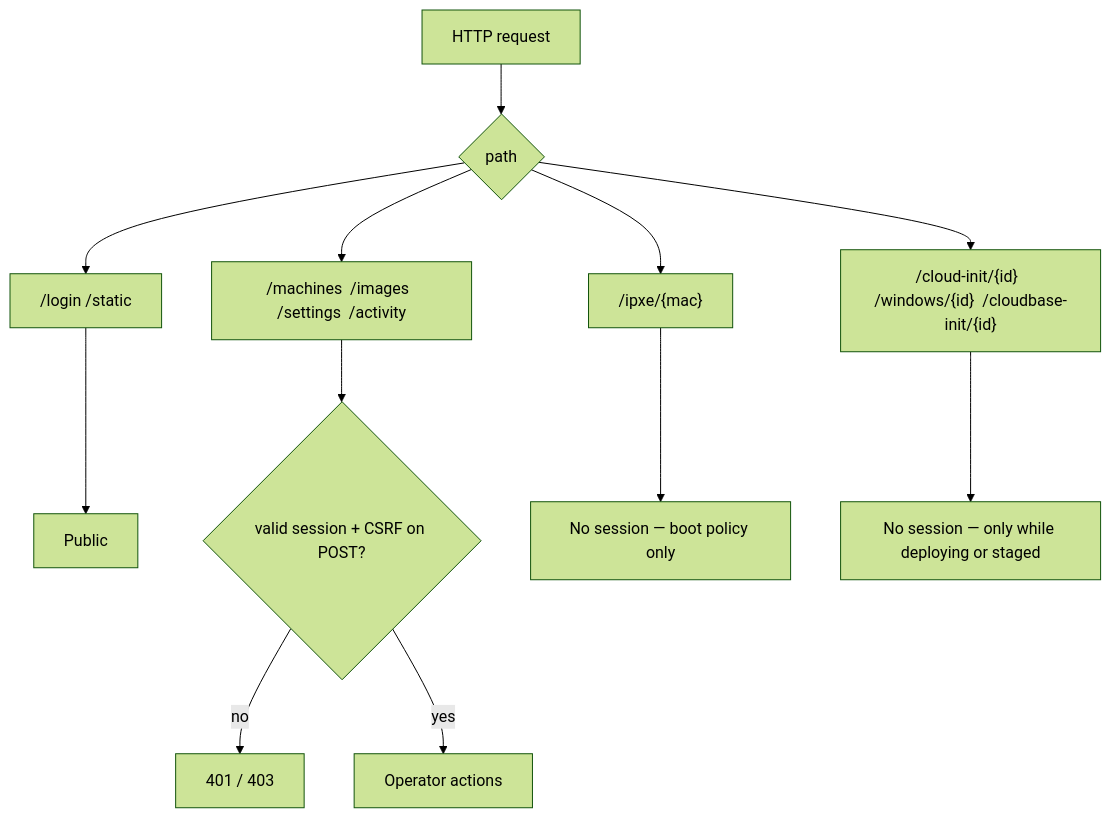
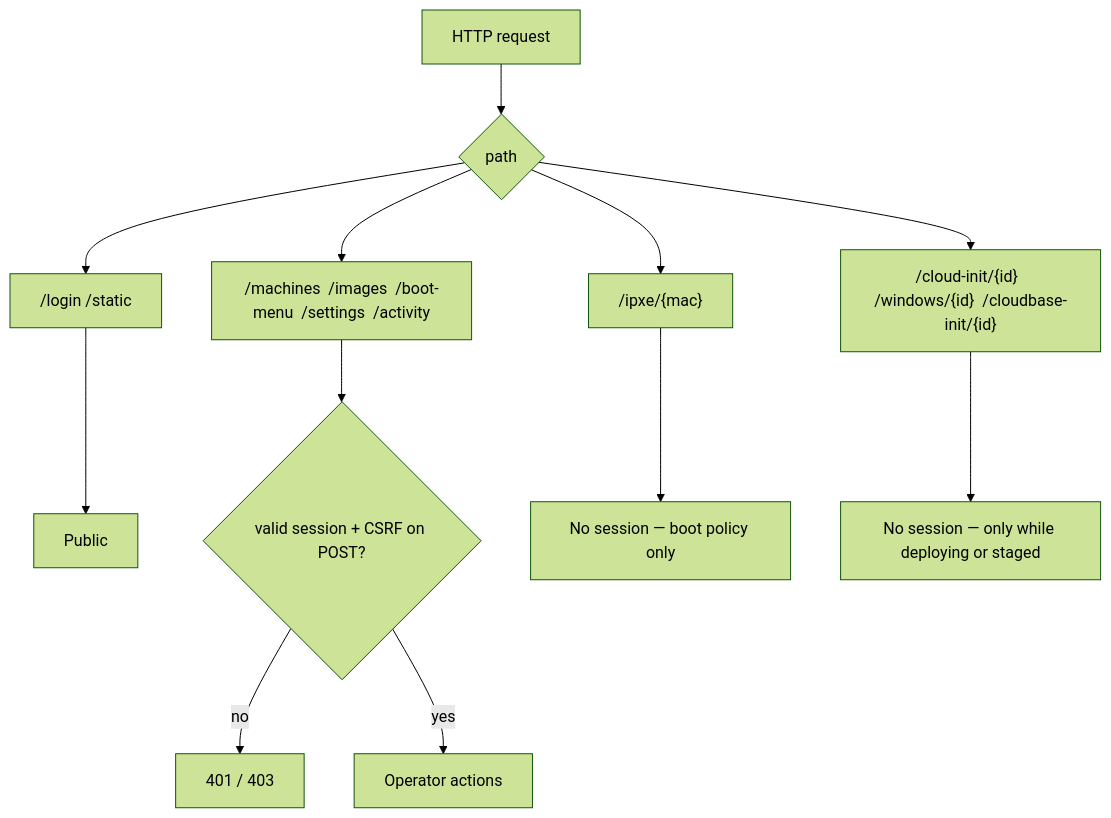
One commit to hometinker12/home-lab-pxe changed diagram 18 of 24 in ARCHITECTURE.md. Above: the diagram before and after it, drawn with Mermaid (forest theme). The commit also changed other lines of this file and 37 other files, not shown here.

````diff
--- a/ARCHITECTURE.md
+++ b/ARCHITECTURE.md
@@ -421,14 +422,14 @@
 ```mermaid
 flowchart TD
   R["HTTP request"] --> K{"path"}
   K --> L["/login  /static"]
   L --> PUB["Public"]
-  K --> A["/machines  /images  /settings  /activity"]
+  K --> A["/machines  /images  /boot-menu  /settings  /activity"]
   A --> S{"valid session + CSRF on POST?"}
   S -->|no| DENY["401 / 403"]
   S -->|yes| OP["Operator actions"]
   K --> B["/ipxe/{mac}"]
   B --> LAN1["No session — boot policy only"]
   K --> G["/cloud-init/{id}  /windows/{id}  /cloudbase-init/{id}"]
   G --> LAN2["No session — only while deploying or staged"]
 ```
````
